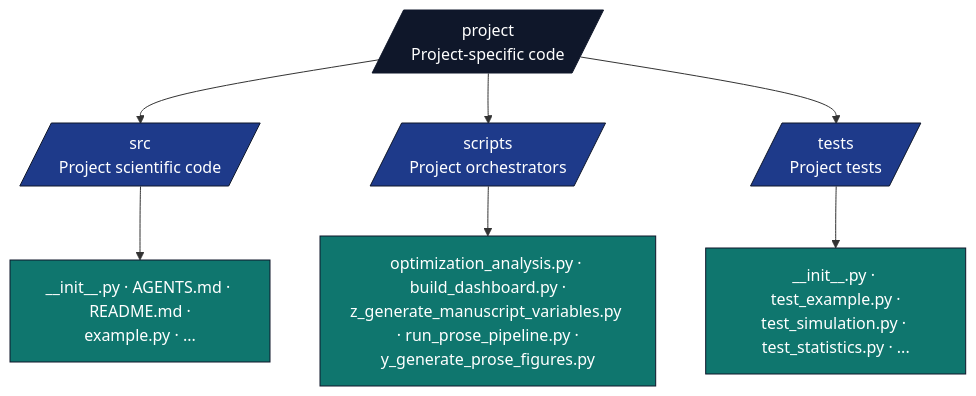
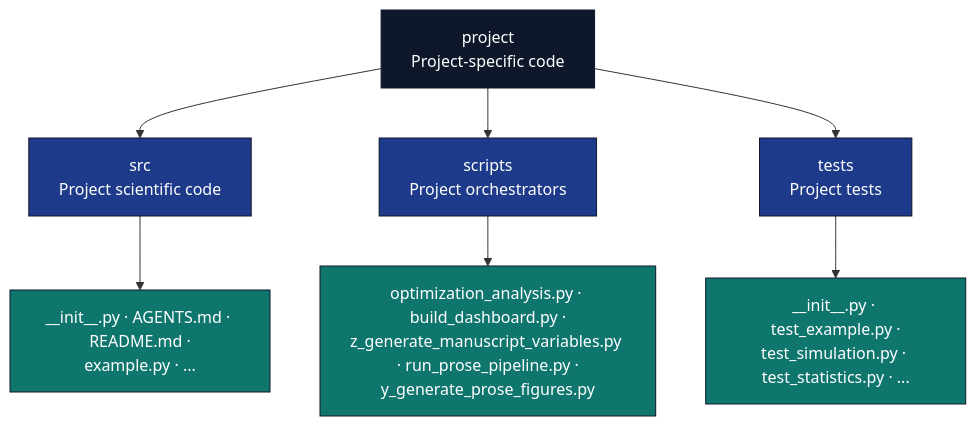
Before and after one commit to docxology/template: the sixth of 9 diagrams in docs/architecture/two-layer-architecture.md, drawn with Mermaid. The commit also changed other lines of this file and 94 other files, not shown here.

````diff
--- a/docs/architecture/two-layer-architecture.md
+++ b/docs/architecture/two-layer-architecture.md
@@ -295,18 +295,18 @@
 ```mermaid
 flowchart TB
-    PROJ[/project<br/>Project-specific code/]
-    PROJ --> SRC[/src<br/>Project scientific code/]
-    PROJ --> SC[/scripts<br/>Project orchestrators/]
-    PROJ --> T[/tests<br/>Project tests/]
+    PROJ[project<br/>Project-specific code]
+    PROJ --> SRC[src<br/>Project scientific code]
+    PROJ --> SC[scripts<br/>Project orchestrators]
+    PROJ --> T[tests<br/>Project tests]
 
     SRC --> SRC_FILES[__init__.py · AGENTS.md · README.md ·<br/>example.py · ...]
     SC --> SC_FILES[optimization_analysis.py · build_dashboard.py ·<br/>z_generate_manuscript_variables.py · run_prose_pipeline.py ·<br/>y_generate_prose_figures.py]
     T --> T_FILES[__init__.py · test_example.py ·<br/>test_simulation.py · test_statistics.py · ...]
 
     classDef d fill:#0f172a,stroke:#0f172a,color:#fff
     classDef pkg fill:#1e3a8a,stroke:#0f172a,color:#fff
     classDef f fill:#0f766e,stroke:#0f172a,color:#fff
     class PROJ d
     class SRC,SC,T pkg
     class SRC_FILES,SC_FILES,T_FILES f
 ```
````
